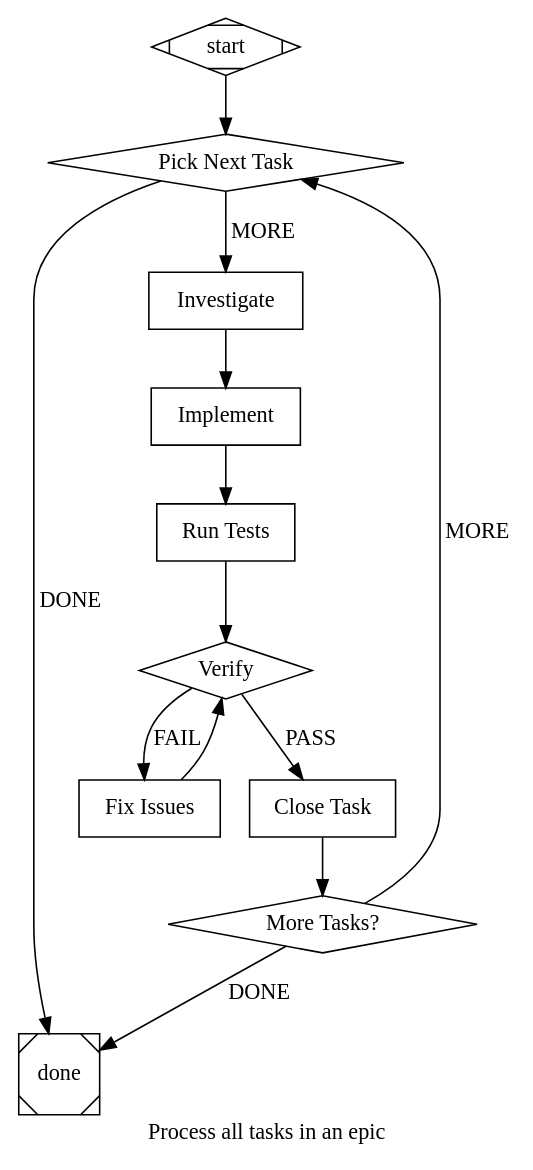
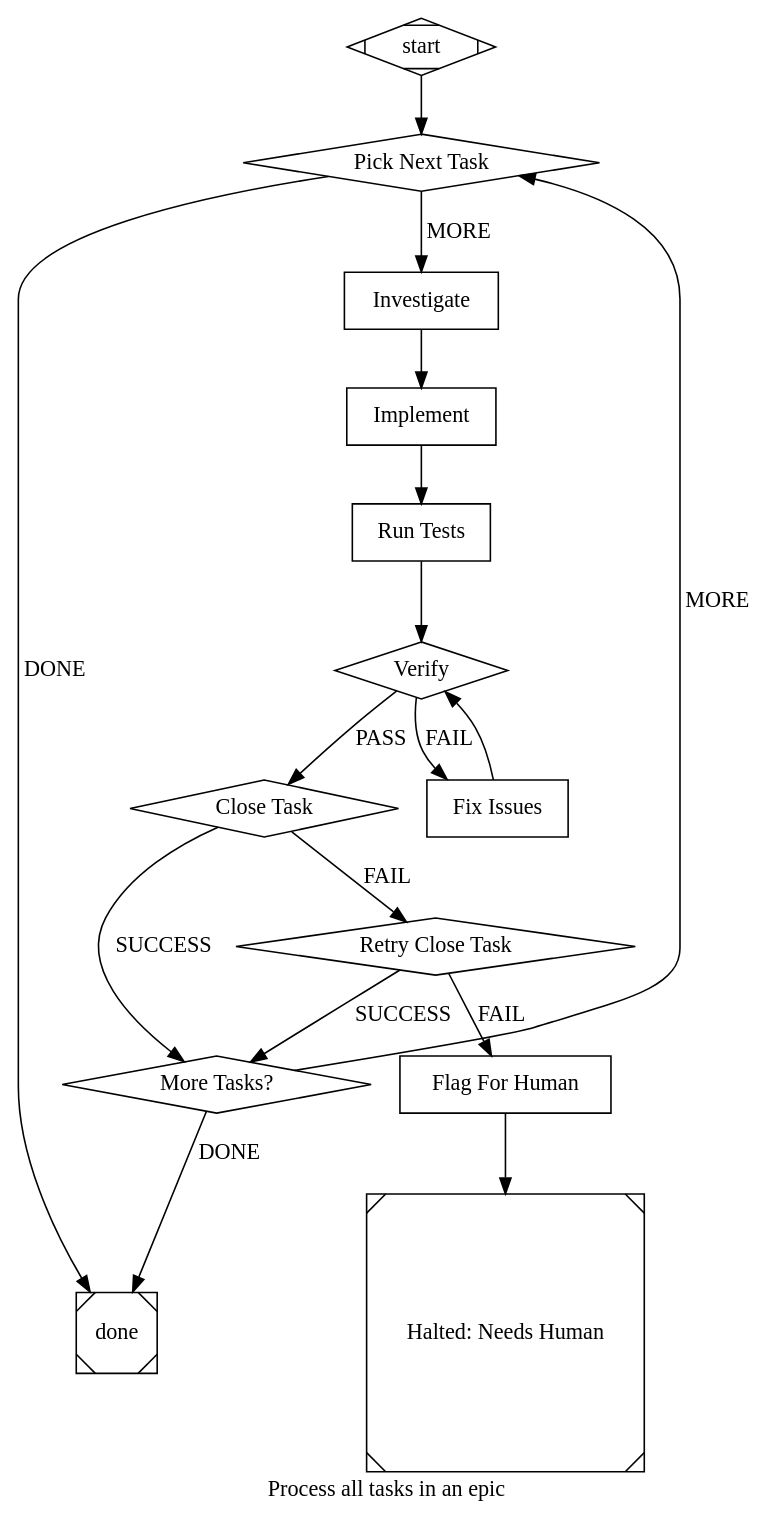
Before and after one commit to citadelgrad/llm-governance-gateway: the diagram in pipelines/ai-gateway-h04.dot, drawn with Graphviz.

Commit message:
fix(pipelines): add retry and human escalation to ai-gateway-h04 close_task step
close_task previously had no failure path: a failed commit/close/sync left
the epic runner silently stuck. Add a close_task_retry step (one retry)
and a flag_for_human step that halts and calls bd human instead of looping
forever or silently advancing past unfinished work.

```diff
--- a/pipelines/ai-gateway-h04.dot
+++ b/pipelines/ai-gateway-h04.dot
@@ -1,153 +1,193 @@
 digraph EpicRunner {
     label="Process all tasks in an epic"
     goal="Implement all child tasks of epic ai-gateway-h04: Build MCP Reverse Proxy and OPA Sidecar for the gateway. The closed epic ai-gateway-7d8 (\"Harden auth-architecture.md: adversarial review remediation\") resolved contradictions inside docs/auth-architecture.md and wrote policies/mcp/authz.rego, but almost none of its 26 tasks shipped runtime code. Only one (ai-gateway-7d8.13) shipped a live endpoint (POST /v1/dlp/pii-scan). The container diagram in docs/auth-architecture.md still marks the MCP Reverse Proxy and the OPA Sidecar as \"planned, not built\" — confirmed by a repo scan: no mcpproxy service, no opa-sidecar service, no /v1/mcp/{server}/call route, and no entitlement-data endpoint exist today.
 
 This epic builds those two services and the small set of supporting changes needed to run them, matching the design decisions already recorded in docs/auth-architecture.md (\"Policy enforcement: two evaluation points, two separate OPA processes\", \"DLP on MCP tool responses\", \"Break-glass path for when OPA is down\") and the entitlement matrix already written and tested in policies/mcp/authz.rego.
 
 In scope: MCP Reverse Proxy service, OPA Sidecar deployment, Governance entitlement-data endpoint, Governance Presidio concurrency limit, docker-compose/Makefile wiring.
 
 Out of scope: DPoP/mTLS token binding, refresh-token reuse-triggered revocation, second-admin approval for break-glass, live session/token kill-switch, and other items the doc already lists as deferred open questions."
     model="sonnet"
 
     start [shape="Mdiamond"]
     done  [shape="Msquare"]
 
     // --- Pick the next task ---
     pick_task [
         shape="diamond"
         label="Pick Next Task"
         node_type="conditional"
         llm_model="haiku"
         timeout="180s"
         allowed_tools="Bash(bd:*)"
         prompt="Run: bd show ai-gateway-h04
 Look at the BLOCKS section to see child tasks.
 
 Then run: bd ready
 Find the first ready (unblocked, open) child task of epic ai-gateway-h04.
 
 If you find one:
 - Run: bd update <task-id> --status=in_progress
 - Write the task ID and full description to .pas/current_task.md
 - Respond with MORE on the last line
 
 If all child tasks are closed (no more ready tasks for this epic):
 - Respond with DONE on the last line"
     ]
 
     // --- Investigate ---
     investigate [
         shape="box"
         label="Investigate"
         timeout="900s"
         allowed_tools="Read,Grep,Glob,Bash(bd:*)"
         prompt="Read .pas/current_task.md to get the current task ID and description.
 Run bd show <task-id> to get full details.
 
 Investigate the codebase to understand what needs to change:
 - Find the relevant files and functions
 - Understand the current behavior
 - Identify what needs to change
 
 Write your findings to .pas/investigation.md including:
 - Files to modify
 - Current behavior
 - Required changes
 - Any risks or dependencies"
     ]
 
     // --- Implement ---
     implement [
         shape="box"
         label="Implement"
         timeout="1200s"
         prompt="Read .pas/current_task.md for the task and .pas/investigation.md for the plan.
 Implement the changes described. Follow existing code patterns and conventions.
 Keep changes minimal and focused on the task requirements."
     ]
 
     // --- Test ---
     run_tests [
         shape="box"
         label="Run Tests"
         timeout="900s"
         prompt="Read .pas/current_task.md to understand what was changed.
 Run the relevant test suite for the modified code.
 If tests fail, fix the issues and re-run until green.
 Write the test results to .pas/test-results.md"
     ]
 
     // --- Verify ---
     verify [
         shape="diamond"
         label="Verify"
         node_type="conditional"
         timeout="600s"
         prompt="Read .pas/current_task.md for the task requirements.
 Check the changes:
 1. Review the git diff
 2. Run the linter on changed files
 3. Verify tests pass (read .pas/test-results.md)
 4. Check that the task's acceptance criteria are met
 
 If everything looks good, respond with PASS on the last line.
 If there are problems, respond with FAIL on the last line."
     ]
 
     fixup [
         shape="box"
         label="Fix Issues"
         timeout="900s"
         prompt="Read .pas/current_task.md and .pas/investigation.md for context.
 The verification step found problems. Fix any failing tests, lint errors, or unmet acceptance criteria.
 Re-run tests after fixing."
     ]
 
     // --- Close this task ---
     close_task [
-        shape="box"
+        shape="diamond"
         label="Close Task"
+        node_type="conditional"
         timeout="300s"
         allowed_tools="Bash(bd:*),Bash(git:*)"
         prompt="Read .pas/current_task.md to get the task ID.
 1. Stage changes: git add -A
 2. Commit with a descriptive message referencing the task ID
 3. Close the task: bd close <task-id> --reason='Implemented successfully'
-4. Run: bd sync --flush-only"
+4. Run: bd sync --flush-only
+
+If all steps succeeded, respond with SUCCESS on the last line.
+If any step failed, respond with FAIL on the last line."
     ]
+
+    // --- Retry a failed close, once ---
+    close_task_retry [
+        shape="diamond"
+        label="Retry Close Task"
+        node_type="conditional"
+        timeout="300s"
+        allowed_tools="Bash(bd:*),Bash(git:*)"
+        prompt="The previous attempt to close this task failed. Read .pas/current_task.md to get the task ID.
+Retry, skipping any step already done:
+1. Check for uncommitted changes and stage them: git add -A
+2. Commit with a descriptive message referencing the task ID, if not already committed
+3. Close the task: bd close <task-id> --reason='Implemented successfully', if not already closed
+4. Run: bd sync --flush-only, if not already synced
+
+If the task is now committed, closed, and synced, respond with SUCCESS on the last line.
+If it still fails, respond with FAIL on the last line."
+    ]
+
+    // --- Give up after one retry; flag for a human instead of silently advancing ---
+    flag_for_human [
+        shape="box"
+        label="Flag For Human"
+        allowed_tools="Bash(bd:*)"
+        prompt="Read .pas/current_task.md to get the task ID.
+Run: bd human <task-id> --reason='close_task failed twice in a row; commit/close/sync needs manual review'
+This task's work may be implemented and verified but left uncommitted, unclosed, or unsynced. Do not attempt further automated fixes."
+    ]
+
+    halted [shape="Msquare", label="Halted: Needs Human"]
 
     // --- Check if more tasks remain ---
     check_remaining [
         shape="diamond"
         label="More Tasks?"
         node_type="conditional"
         llm_model="haiku"
         timeout="180s"
         allowed_tools="Bash(bd:*)"
         prompt="Run: bd show ai-gateway-h04
 Look at the BLOCKS section. Count how many child tasks are still open.
 
 Run: bd ready
 Check if any remaining child tasks of this epic are ready (unblocked, open).
 
 If there are more ready tasks, respond with MORE on the last line.
 If all tasks are closed or remaining tasks are blocked, respond with DONE on the last line."
     ]
 
     // --- Edges ---
     start -> pick_task
 
     pick_task -> investigate [label="MORE", condition="preferred_label=MORE"]
     pick_task -> done        [label="DONE", condition="preferred_label=DONE"]
 
     investigate -> implement -> run_tests -> verify
 
     verify -> close_task [label="PASS", condition="preferred_label=PASS"]
     verify -> fixup      [label="FAIL", condition="preferred_label=FAIL"]
     fixup  -> verify
 
-    close_task -> check_remaining
+    close_task -> check_remaining  [label="SUCCESS", condition="preferred_label=SUCCESS"]
+    close_task -> close_task_retry [label="FAIL", condition="preferred_label=FAIL"]
+
+    close_task_retry -> check_remaining [label="SUCCESS", condition="preferred_label=SUCCESS"]
+    close_task_retry -> flag_for_human  [label="FAIL", condition="preferred_label=FAIL"]
+
+    flag_for_human -> halted
 
     check_remaining -> pick_task [label="MORE", condition="preferred_label=MORE", loop_restart=true]
     check_remaining -> done      [label="DONE", condition="preferred_label=DONE"]
 }
```
